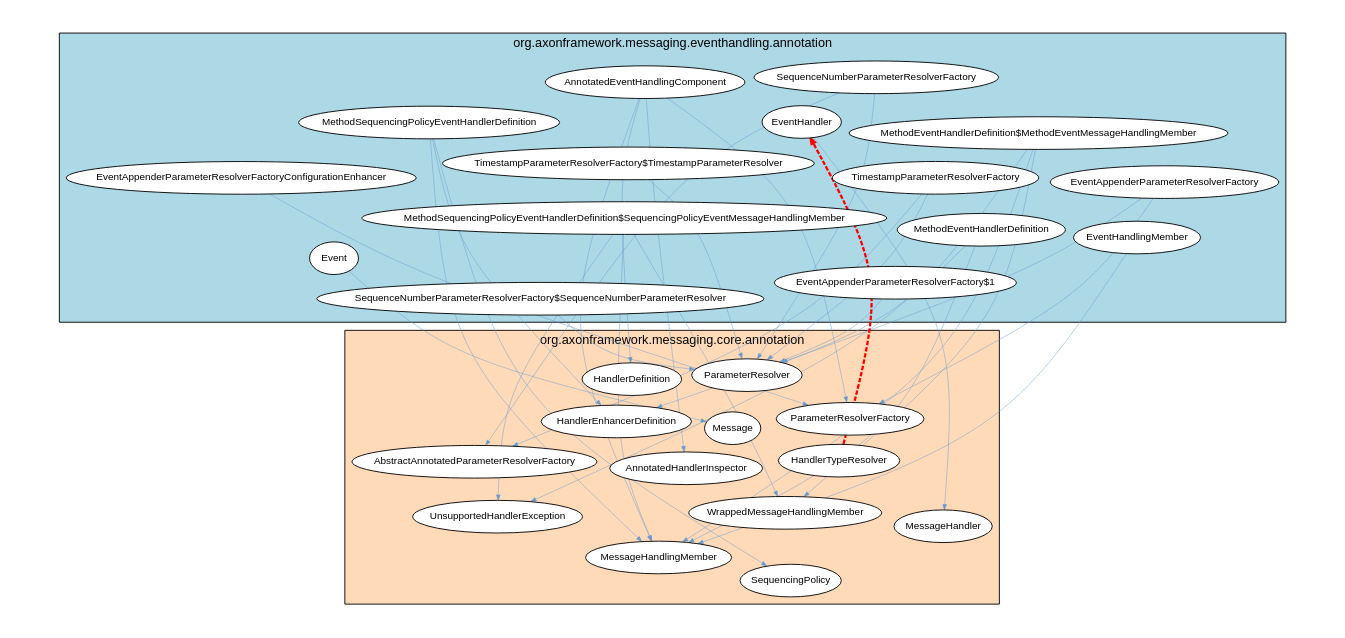
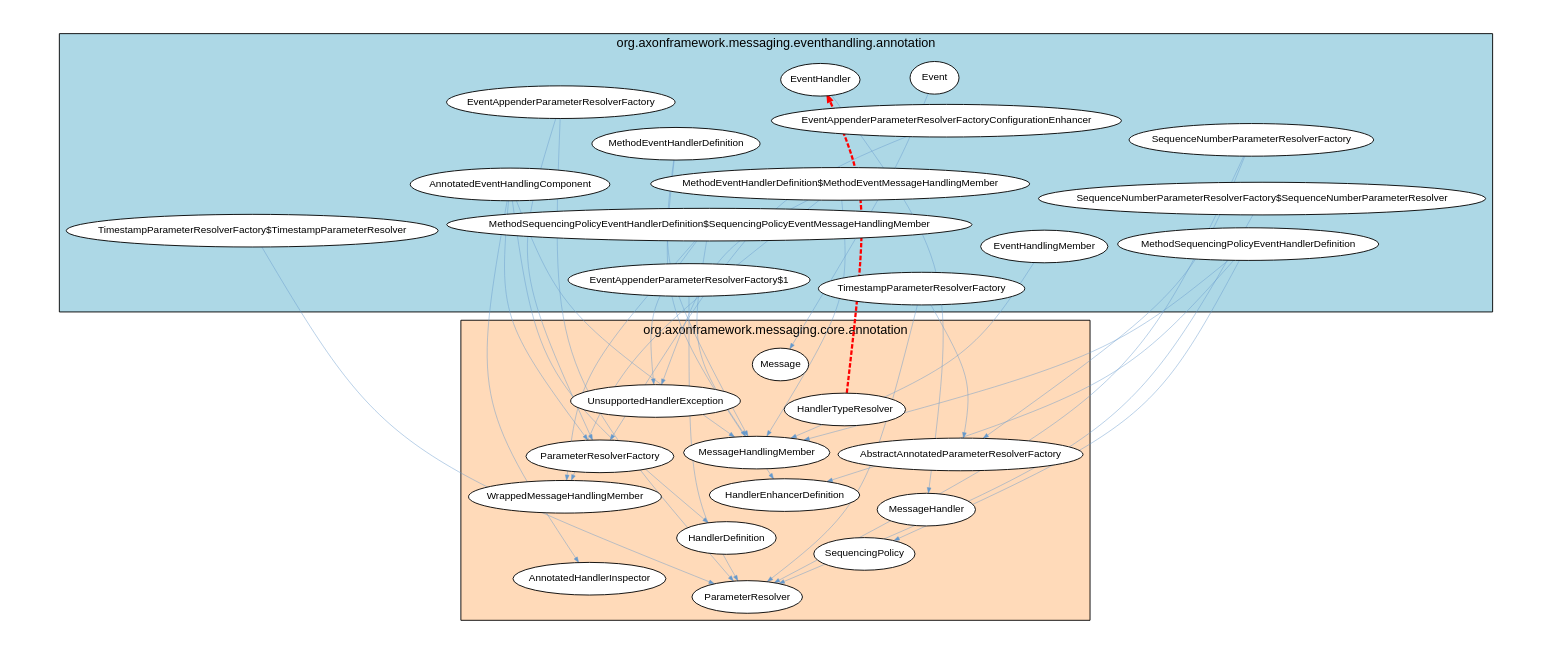
Before and after one commit to JohT/code-graph-analysis-examples: the diagram in analysis-results/AxonFramework/AxonFramework-5.1.2/cyclic-dependencies/Java_Package/Graph_Visualizations/graphviz/JavaPackageCyclicDependencies3.gv, drawn with Graphviz. The commit also changed other lines of this file and 987 other files, not shown here.

```diff
--- a/analysis-results/AxonFramework/AxonFramework-5.1.2/cyclic-dependencies/Java_Package/Graph_Visualizations/graphviz/JavaPackageCyclicDependencies3.gv
+++ b/analysis-results/AxonFramework/AxonFramework-5.1.2/cyclic-dependencies/Java_Package/Graph_Visualizations/graphviz/JavaPackageCyclicDependencies3.gv
@@ -1,77 +1,77 @@
 strict digraph cycle {
     graph [layout = "fdp"; start = "7"; splines = "curved"; pad = "0.8,0.4"; outputorder = "edgesfirst";];
     graph [fontname = "Helvetica,Arial,sans-serif"; labelloc = "t";];
     node [fontname = "Helvetica,Arial,sans-serif"; style = "filled"; fillcolor = "white";];
     node [fontsize = 11; margin = "0.05,0.05";];
     edge [fontsize = 9; arrowsize = "0.6";];
 
     subgraph cluster_package {
         label="org.axonframework.messaging.eventhandling.annotation";
         style="filled";
         fillcolor="lightblue";
         "TimestampParameterResolverFactory";
+        "Event";
         "MethodEventHandlerDefinition";
-        "Event";
         "SequenceNumberParameterResolverFactory";
         "MethodSequencingPolicyEventHandlerDefinition$SequencingPolicyEventMessageHandlingMember";
         "EventAppenderParameterResolverFactoryConfigurationEnhancer";
         "TimestampParameterResolverFactory$TimestampParameterResolver";
         "SequenceNumberParameterResolverFactory$SequenceNumberParameterResolver";
         "EventHandler";
+        "EventAppenderParameterResolverFactory$1";
         "MethodSequencingPolicyEventHandlerDefinition";
-        "EventAppenderParameterResolverFactory$1";
         "EventAppenderParameterResolverFactory";
         "EventHandlingMember";
+        "AnnotatedEventHandlingComponent";
         "MethodEventHandlerDefinition$MethodEventMessageHandlingMember";
-        "AnnotatedEventHandlingComponent";
     }
 
     subgraph cluster_dependent {
         label="org.axonframework.messaging.core.annotation";
         style="filled";
         fillcolor="peachpuff";
         "WrappedMessageHandlingMember";
         "HandlerTypeResolver";
         "MessageHandler";
         "AbstractAnnotatedParameterResolverFactory";
         "ParameterResolver";
         "MessageHandlingMember";
         "ParameterResolverFactory";
         "Message";
         "AnnotatedHandlerInspector";
         "HandlerDefinition";
         "UnsupportedHandlerException";
         "HandlerEnhancerDefinition";
         "SequencingPolicy";
     }
 
+    "AnnotatedEventHandlingComponent" -> "MessageHandlingMember" [color="#6699CC"; penwidth="0.5"];
+    "EventAppenderParameterResolverFactory" -> "ParameterResolver" [color="#6699CC"; penwidth="0.5"];
     "MethodSequencingPolicyEventHandlerDefinition" -> "HandlerEnhancerDefinition" [color="#6699CC"; penwidth="0.5"];
     "MethodSequencingPolicyEventHandlerDefinition" -> "MessageHandlingMember" [color="#6699CC"; penwidth="0.5"];
-    "EventAppenderParameterResolverFactory" -> "ParameterResolver" [color="#6699CC"; penwidth="0.5"];
-    "AnnotatedEventHandlingComponent" -> "MessageHandlingMember" [color="#6699CC"; penwidth="0.5"];
+    "AnnotatedEventHandlingComponent" -> "ParameterResolverFactory" [color="#6699CC"; penwidth="0.5"];
     "MethodEventHandlerDefinition" -> "HandlerEnhancerDefinition" [color="#6699CC"; penwidth="0.5"];
-    "AnnotatedEventHandlingComponent" -> "ParameterResolverFactory" [color="#6699CC"; penwidth="0.5"];
     "TimestampParameterResolverFactory$TimestampParameterResolver" -> "ParameterResolver" [color="#6699CC"; penwidth="0.5"];
-    "SequenceNumberParameterResolverFactory$SequenceNumberParameterResolver" -> "ParameterResolver" [color="#6699CC"; penwidth="0.5"];
     "AnnotatedEventHandlingComponent" -> "HandlerDefinition" [color="#6699CC"; penwidth="0.5"];
     "EventHandlingMember" -> "MessageHandlingMember" [color="#6699CC"; penwidth="0.5"];
+    "SequenceNumberParameterResolverFactory$SequenceNumberParameterResolver" -> "ParameterResolver" [color="#6699CC"; penwidth="0.5"];
     "Event" -> "Message" [color="#6699CC"; penwidth="0.5"];
     "SequenceNumberParameterResolverFactory" -> "ParameterResolver" [color="#6699CC"; penwidth="0.5"];
     "EventHandler" -> "MessageHandler" [color="#6699CC"; penwidth="0.5"];
+    "MethodSequencingPolicyEventHandlerDefinition$SequencingPolicyEventMessageHandlingMember" -> "WrappedMessageHandlingMember" [color="#6699CC"; penwidth="0.5"];
     "MethodSequencingPolicyEventHandlerDefinition$SequencingPolicyEventMessageHandlingMember" -> "UnsupportedHandlerException" [color="#6699CC"; penwidth="0.5"];
-    "MethodSequencingPolicyEventHandlerDefinition$SequencingPolicyEventMessageHandlingMember" -> "WrappedMessageHandlingMember" [color="#6699CC"; penwidth="0.5"];
     "AnnotatedEventHandlingComponent" -> "AnnotatedHandlerInspector" [color="#6699CC"; penwidth="0.5"];
+    "EventAppenderParameterResolverFactory" -> "ParameterResolverFactory" [color="#6699CC"; penwidth="0.5"];
     "MethodSequencingPolicyEventHandlerDefinition" -> "SequencingPolicy" [color="#6699CC"; penwidth="0.5"];
-    "EventAppenderParameterResolverFactory" -> "ParameterResolverFactory" [color="#6699CC"; penwidth="0.5"];
+    "SequenceNumberParameterResolverFactory" -> "AbstractAnnotatedParameterResolverFactory" [color="#6699CC"; penwidth="0.5"];
+    "EventAppenderParameterResolverFactoryConfigurationEnhancer" -> "ParameterResolverFactory" [color="#6699CC"; penwidth="0.5"];
     "MethodEventHandlerDefinition$MethodEventMessageHandlingMember" -> "WrappedMessageHandlingMember" [color="#6699CC"; penwidth="0.5"];
-    "EventAppenderParameterResolverFactoryConfigurationEnhancer" -> "ParameterResolverFactory" [color="#6699CC"; penwidth="0.5"];
-    "SequenceNumberParameterResolverFactory" -> "AbstractAnnotatedParameterResolverFactory" [color="#6699CC"; penwidth="0.5"];
+    "TimestampParameterResolverFactory" -> "ParameterResolver" [color="#6699CC"; penwidth="0.5"];
     "MethodEventHandlerDefinition$MethodEventMessageHandlingMember" -> "UnsupportedHandlerException" [color="#6699CC"; penwidth="0.5"];
-    "TimestampParameterResolverFactory" -> "ParameterResolver" [color="#6699CC"; penwidth="0.5"];
+    "MethodSequencingPolicyEventHandlerDefinition$SequencingPolicyEventMessageHandlingMember" -> "MessageHandlingMember" [color="#6699CC"; penwidth="0.5"];
     "EventAppenderParameterResolverFactory$1" -> "ParameterResolver" [color="#6699CC"; penwidth="0.5"];
-    "MethodSequencingPolicyEventHandlerDefinition$SequencingPolicyEventMessageHandlingMember" -> "MessageHandlingMember" [color="#6699CC"; penwidth="0.5"];
     "MethodEventHandlerDefinition" -> "MessageHandlingMember" [color="#6699CC"; penwidth="0.5"];
+    "TimestampParameterResolverFactory" -> "AbstractAnnotatedParameterResolverFactory" [color="#6699CC"; penwidth="0.5"];
     "MethodEventHandlerDefinition$MethodEventMessageHandlingMember" -> "MessageHandlingMember" [color="#6699CC"; penwidth="0.5"];
-    "TimestampParameterResolverFactory" -> "AbstractAnnotatedParameterResolverFactory" [color="#6699CC"; penwidth="0.5"];
     "HandlerTypeResolver" -> "EventHandler" [color="red"; penwidth="2.5"; style="dashed";];
 }
```
